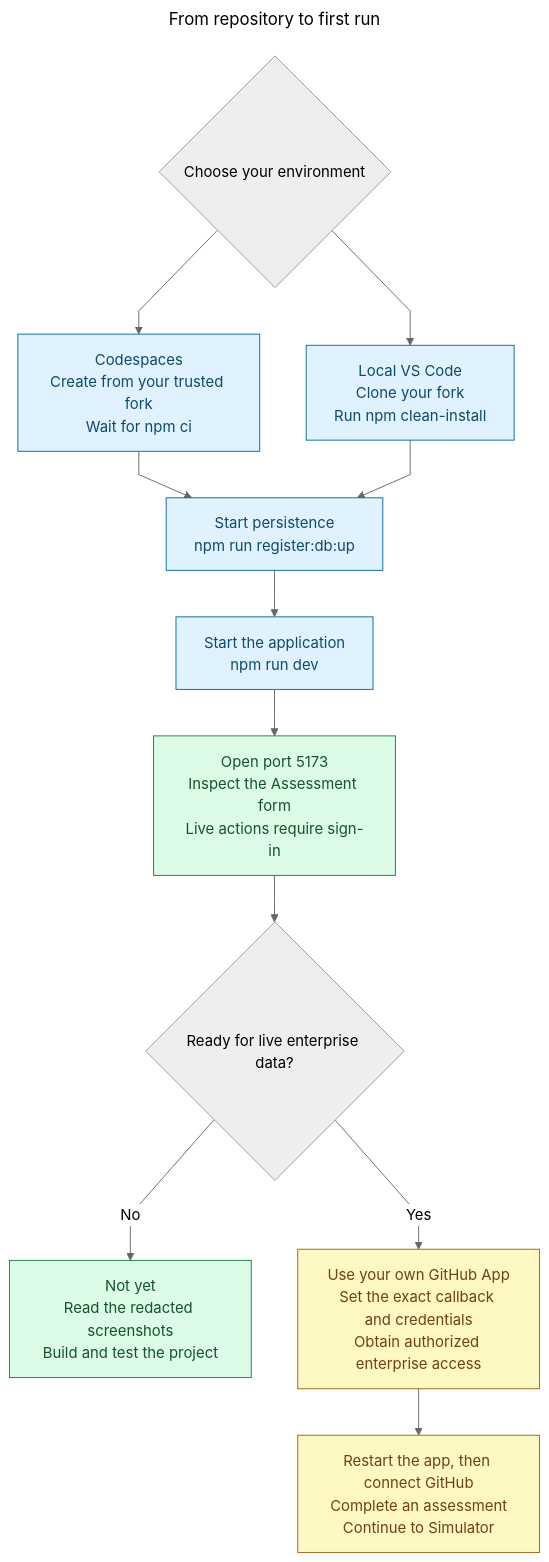
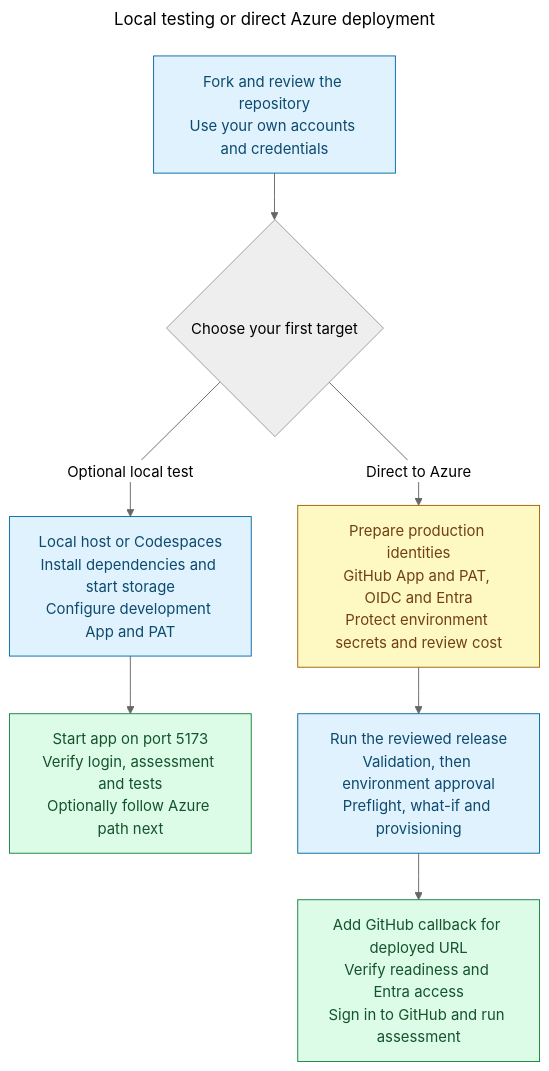
One commit to autocloudarc-digital-services/ghcp-ai-credits-simulator changed the diagram in docs/diagrams/onboarding-flowchart.mmd. Above: the diagram before and after it, drawn with Mermaid. The commit also changed 7 other files, not shown here.

Commit message:
feat: enhance documentation and onboarding flow with new diagrams and setup instructions

```diff
--- a/docs/diagrams/onboarding-flowchart.mmd
+++ b/docs/diagrams/onboarding-flowchart.mmd
@@ -1,33 +1,28 @@
 ---
-title: From repository to first run
+title: Local testing or direct Azure deployment
 config:
   theme: neutral
   flowchart:
     curve: linear
 ---
 flowchart TD
-    Environment{"Choose your environment"}
-    Codespaces["Codespaces<br/>Create from your trusted fork<br/>Wait for npm ci"]
-    Local["Local VS Code<br/>Clone your fork<br/>Run npm clean-install"]
-    Storage["Start persistence<br/>npm run register:db:up"]
-    Start["Start the application<br/>npm run dev"]
-    Preview["Open port 5173<br/>Inspect the Assessment form<br/>Live actions require sign-in"]
-    Intent{"Ready for live enterprise data?"}
-    Explore["Not yet<br/>Read the redacted screenshots<br/>Build and test the project"]
-    Configure["Use your own GitHub App<br/>Set the exact callback and credentials<br/>Obtain authorized enterprise access"]
-    Assess["Restart the app, then connect GitHub<br/>Complete an assessment<br/>Continue to Simulator"]
+  Fork["Fork and review the repository<br/>Use your own accounts and credentials"]
+  Environment{"Choose your first target"}
+  Local["Local host or Codespaces<br/>Install dependencies and start storage<br/>Configure development App and PAT"]
+  DevCheck["Start app on port 5173<br/>Verify login, assessment and tests<br/>Optionally follow Azure path next"]
+  Azure["Prepare production identities<br/>GitHub App and PAT, OIDC and Entra<br/>Protect environment secrets and review cost"]
+  Workflow["Run the reviewed release<br/>Validation, then environment approval<br/>Preflight, what-if and provisioning"]
+  Verify["Add GitHub callback for deployed URL<br/>Verify readiness and Entra access<br/>Sign in to GitHub and run assessment"]
 
-    Environment --> Codespaces
-    Environment --> Local
-    Codespaces --> Storage
-    Local --> Storage
-    Storage --> Start --> Preview --> Intent
-    Intent -->|No| Explore
-    Intent -->|Yes| Configure --> Assess
+  Fork --> Environment
+  Environment -->|Optional local test| Local
+  Local --> DevCheck
+  Environment -->|Direct to Azure| Azure
+  Azure --> Workflow --> Verify
 
     classDef setup fill:#e0f2fe,stroke:#0369a1,color:#0c4a6e
     classDef ready fill:#dcfce7,stroke:#15803d,color:#14532d
     classDef access fill:#fef9c3,stroke:#a16207,color:#713f12
-    class Codespaces,Local,Storage,Start setup
-    class Preview,Explore ready
-    class Configure,Assess access
+  class Fork,Local,Workflow setup
+  class DevCheck,Verify ready
+  class Azure access
```
